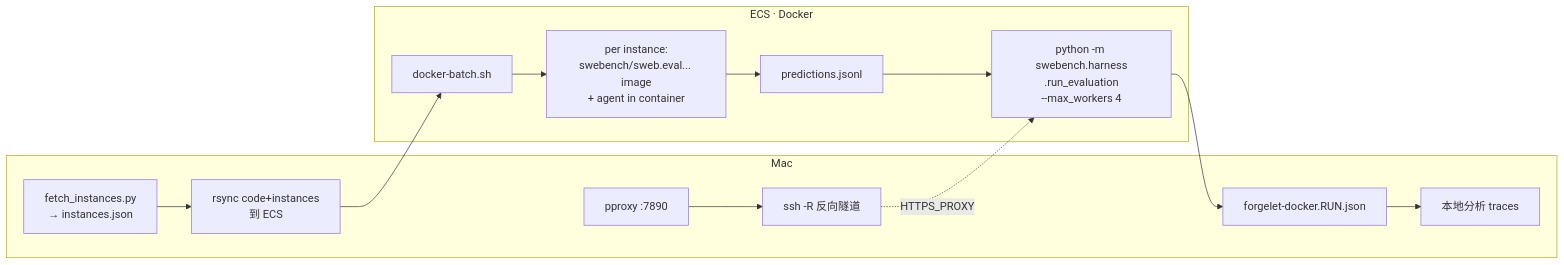
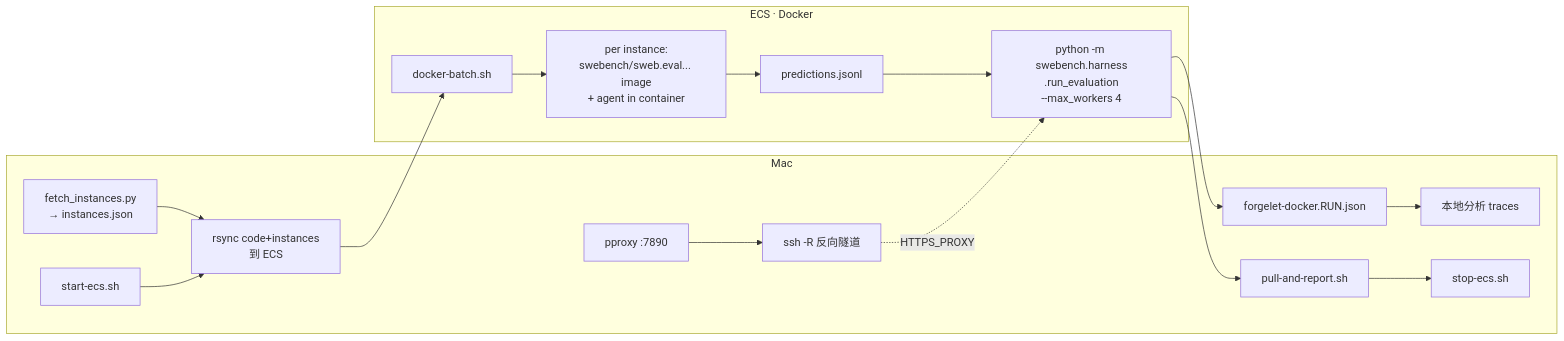
One commit to jenneywang1224/coding-agent-chat-oss changed the diagram in packages/harness/eval/swe-bench/WORKFLOW.md. Above: the diagram before and after it, drawn with Mermaid. The commit also changed other lines of this file and 9 other files, not shown here.

First line of the commit message:
Add Tencent Cloud ECS start/stop scripts for eval cost savings.

````diff
--- a/packages/harness/eval/swe-bench/WORKFLOW.md
+++ b/packages/harness/eval/swe-bench/WORKFLOW.md
@@ -7,19 +9,23 @@
 ```mermaid
 flowchart LR
   subgraph mac [Mac]
+    A0[start-ecs.sh]
     A1[fetch_instances.py<br>→ instances.json]
     A1 --> A2[rsync code+instances<br>到 ECS]
     P1[pproxy :7890]
     P2[ssh -R 反向隧道]
     P1 --> P2
     R[forgelet-docker.RUN.json] --> A6[本地分析 traces]
+    A4[pull-and-report.sh] --> A7[stop-ecs.sh]
   end
   subgraph ecs [ECS · Docker]
     B1[docker-batch.sh] --> B2[per instance:<br>swebench/sweb.eval... image<br>+ agent in container]
     B2 --> B3[predictions.jsonl]
     B3 --> B4[python -m swebench.harness<br>.run_evaluation<br>--max_workers 4]
     B4 --> R
   end
+  A0 --> A2
   A2 --> B1
+  B4 --> A4
   P2 -.HTTPS_PROXY.-> B4
 ```
````
